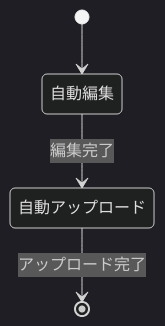
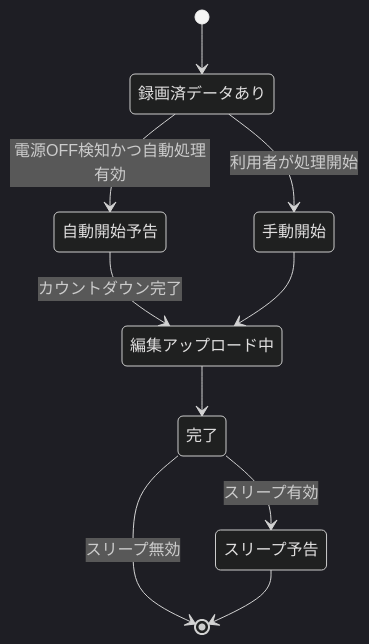
One commit to saw4405/splat-replay2 changed the eighth of 8 diagrams in docs/external_spec.md. Above: the diagram before and after it, drawn with Mermaid (dark theme). The commit also changed other lines of this file and 36 other files, not shown here.

````diff
--- a/docs/external_spec.md
+++ b/docs/external_spec.md
@@ -262,6 +317,12 @@
 ```mermaid
 stateDiagram-v2
-    [*] --> 自動編集
-    自動編集 --> 自動アップロード : 編集完了
-    自動アップロード --> [*] : アップロード完了
+    [*] --> 録画済データあり
+    録画済データあり --> 手動開始 : 利用者が処理開始
+    録画済データあり --> 自動開始予告 : 電源OFF検知かつ自動処理有効
+    自動開始予告 --> 編集アップロード中 : カウントダウン完了
+    手動開始 --> 編集アップロード中
+    編集アップロード中 --> 完了
+    完了 --> スリープ予告 : スリープ有効
+    完了 --> [*] : スリープ無効
+    スリープ予告 --> [*]
 ```
````
